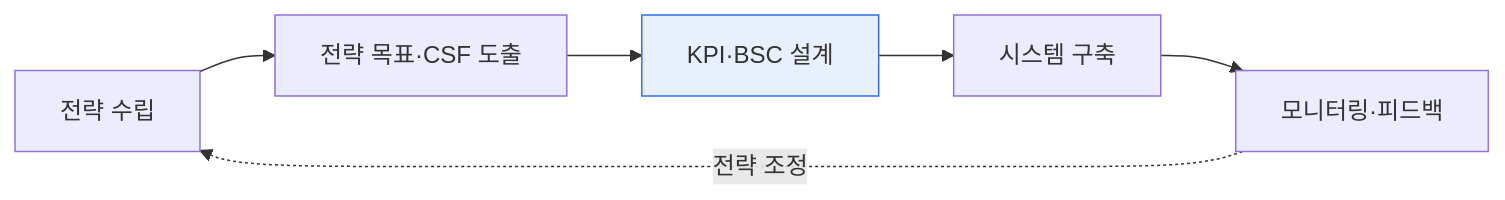
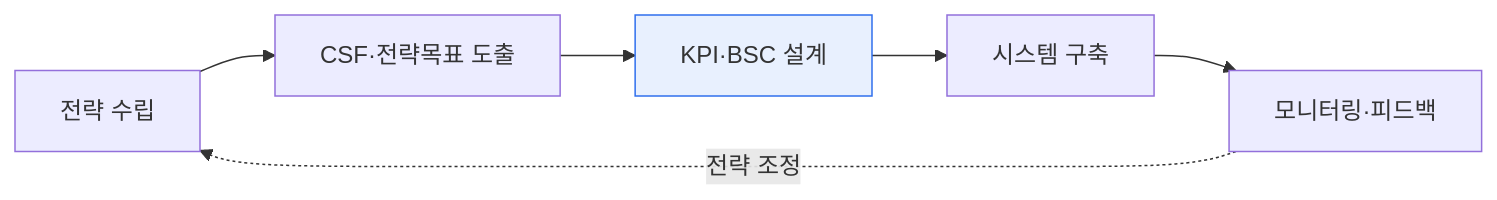
The second of 2 diagrams in content/strategic-enterprise-management.md (coninggu/wjdqhrhksflrltnftk), drawn with Mermaid before and after one commit. The commit also changed other lines of this file and 4 other files, not shown here.

````diff
--- a/content/strategic-enterprise-management.md
+++ b/content/strategic-enterprise-management.md
@@ -30,6 +35,6 @@
 ```mermaid
 flowchart LR
-  A[전략 수립] --> B[전략 목표·CSF 도출] --> C[KPI·BSC 설계] --> D[시스템 구축] --> E[모니터링·피드백]
+  A[전략 수립] --> B[CSF·전략목표 도출] --> C[KPI·BSC 설계] --> D[시스템 구축] --> E[모니터링·피드백]
   E -. 전략 조정 .-> A
   style C fill:#e8f0fe,stroke:#2f6fed
 ```
````
